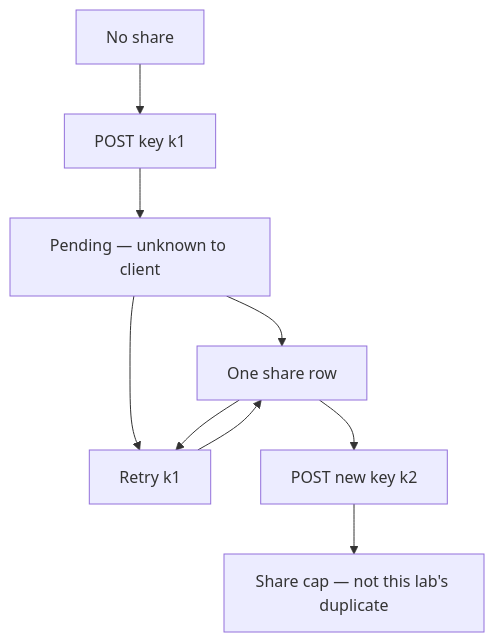
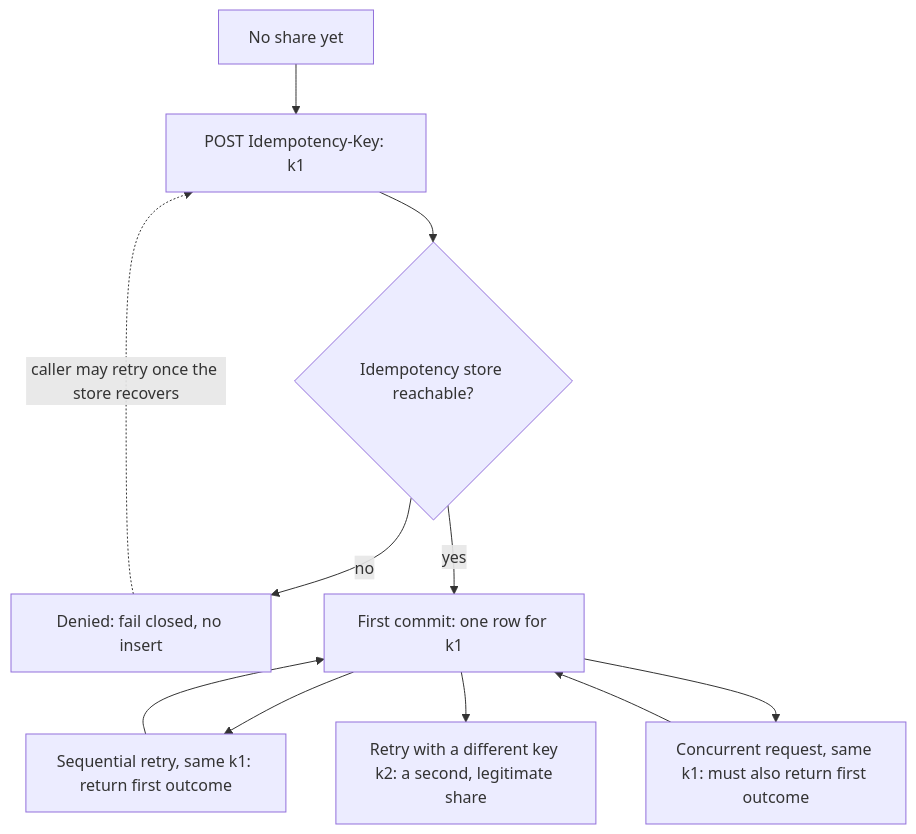
The diagram in content/modules/2/2.4/lessons/02-model.md (ishitvagoel/LearnSecurity), drawn with Mermaid before and after one commit. The commit also changed other lines of this file and 19 other files, not shown here.

````diff
--- a/content/modules/2/2.4/lessons/02-model.md
+++ b/content/modules/2/2.4/lessons/02-model.md
@@ -14,11 +35,13 @@
 ```mermaid
 flowchart TD
-  Idle[No share] --> Post["POST key k1"]
-  Post --> Pending[Pending — unknown to client]
-  Pending --> Shared["One share row"]
-  Pending --> RetrySame["Retry k1"]
-  RetrySame --> Shared
-  Shared --> RetrySame
-  Shared --> NewKey["POST new key k2"]
-  NewKey --> Policy["Share cap — not this lab's duplicate"]
+  NoShare["No share yet"] --> Attempt["POST Idempotency-Key: k1"]
+  Attempt --> StoreUp{"Idempotency store reachable?"}
+  StoreUp -->|no| Denied["Denied: fail closed, no insert"]
+  StoreUp -->|yes| FirstCommit["First commit: one row for k1"]
+  Denied -.->|caller may retry once the store recovers| Attempt
+  FirstCommit --> SeqRetry["Sequential retry, same k1: return first outcome"]
+  FirstCommit --> RaceRetry["Concurrent request, same k1: must also return first outcome"]
+  FirstCommit --> NewKey["Retry with a different key k2: a second, legitimate share"]
+  SeqRetry --> FirstCommit
+  RaceRetry --> FirstCommit
 ```
````
